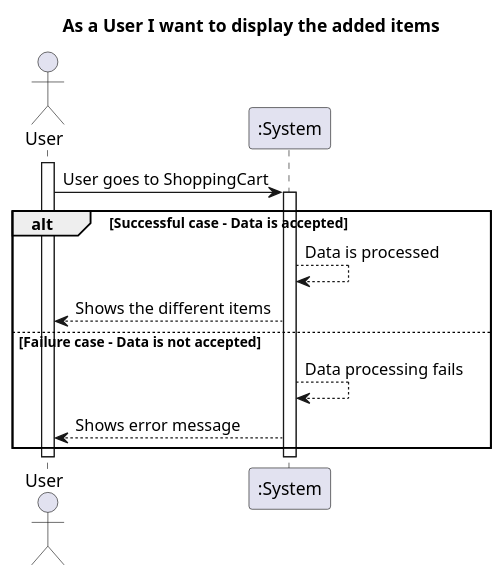
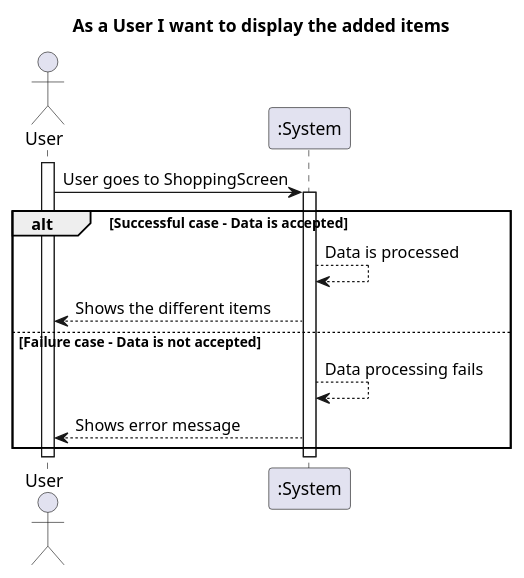
One commit to IsepMartimOliveira/DSSMV_ProjectReact_1181754 changed the diagram in OnlineSupertmarket/docs/US/US06/SSD.puml. Above: the diagram before and after it, drawn with PlantUML. The commit also changed 4 other files, not shown here.

```diff
--- a/OnlineSupertmarket/docs/US/US06/SSD.puml
+++ b/OnlineSupertmarket/docs/US/US06/SSD.puml
@@ -1,20 +1,20 @@
 @startuml
 actor User as MD
 title As a User I want to display the added items
 activate MD
 
-MD -> ":System" : User goes to ShoppingCart
+MD -> ":System" : User goes to ShoppingScreen
 activate ":System"
 
 alt Successful case - Data is accepted
 
     ":System" --> ":System" : Data is processed
     ":System" --> MD : Shows the different items
 else Failure case - Data is not accepted
     ":System" --> ":System" : Data processing fails
     ":System" --> MD : Shows error message
 end
 
 deactivate ":System"
 deactivate MD
 @enduml
```
